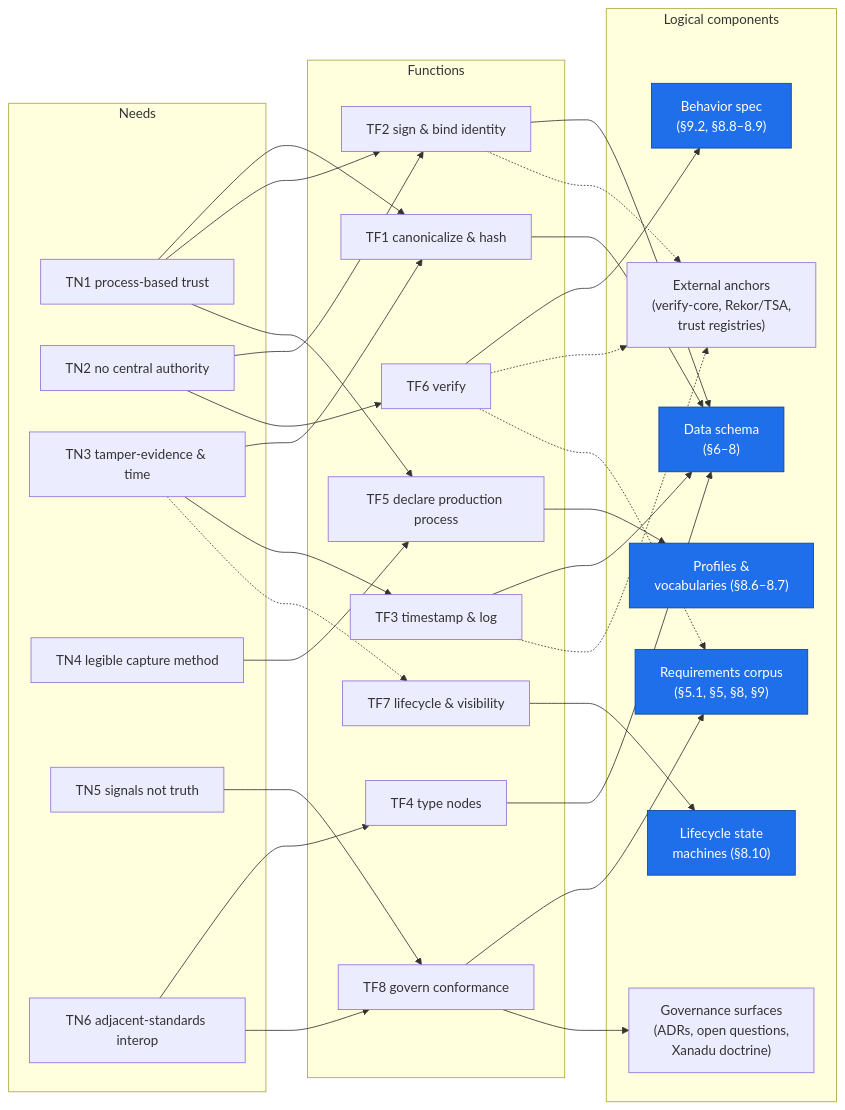
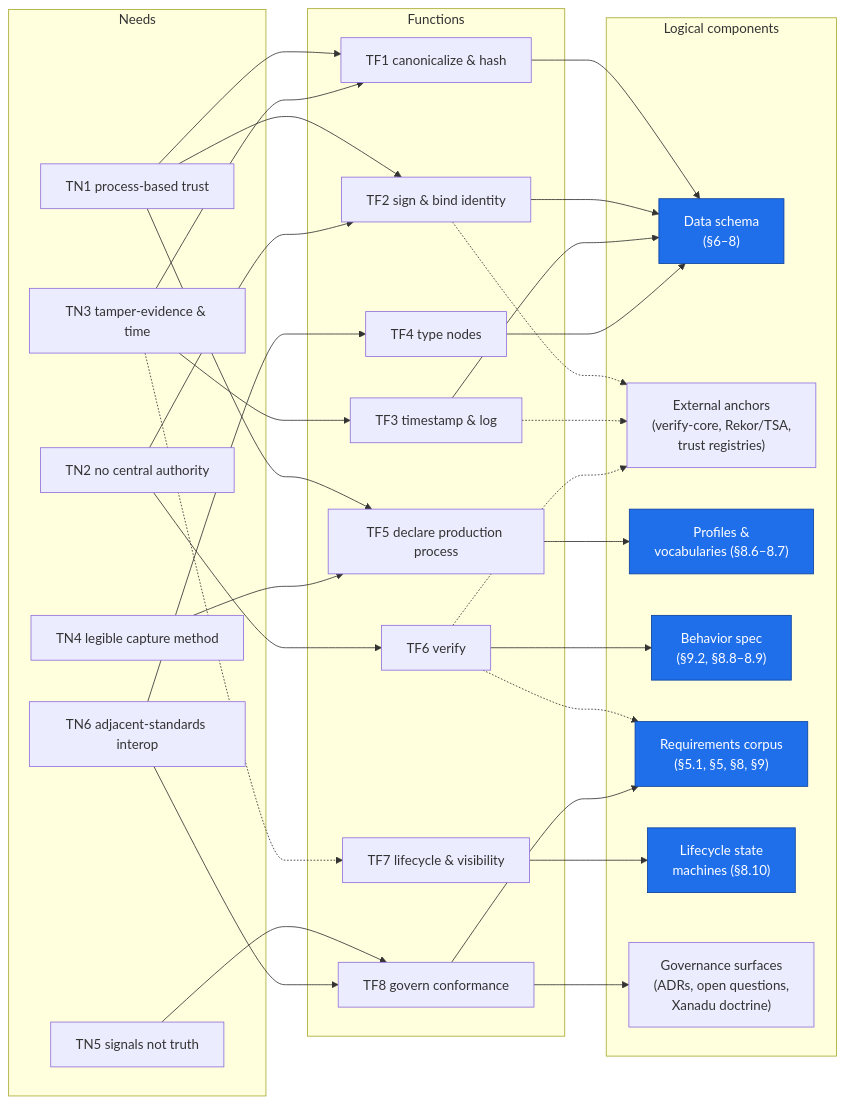
One commit to npstorey/civic-ai-tools changed the sixth of 6 diagrams in research/05-typed-standards-spec-architecture-views.md. Above: the diagram before and after it, drawn with Mermaid. The commit also changed other lines of this file, not shown here.

First line of the commit message:
research: de-tangle 05 logical and traceability diagrams

````diff
--- a/research/05-typed-standards-spec-architecture-views.md
+++ b/research/05-typed-standards-spec-architecture-views.md
@@ -161,54 +188,61 @@
 ```mermaid
 flowchart LR
     subgraph Needs
         TN1["TN1 process-based trust"]
         TN2["TN2 no central authority"]
         TN3["TN3 tamper-evidence & time"]
         TN4["TN4 legible capture method"]
         TN5["TN5 signals not truth"]
         TN6["TN6 adjacent-standards interop"]
     end
 
     subgraph Functions
         TF1["TF1 canonicalize & hash"]
         TF2["TF2 sign & bind identity"]
         TF3["TF3 timestamp & log"]
         TF4["TF4 type nodes"]
         TF5["TF5 declare production process"]
         TF6["TF6 verify"]
         TF7["TF7 lifecycle & visibility"]
         TF8["TF8 govern conformance"]
     end
 
     subgraph Components["Logical components"]
         SCHEMA["Data schema<br/>(§6–8)"]:::spec
+        EXT["External anchors<br/>(verify-core, Rekor/TSA,<br/>trust registries)"]
+        PROF["Profiles &<br/>vocabularies (§8.6–8.7)"]:::spec
         BEHAV["Behavior spec<br/>(§9.2, §8.8–8.9)"]:::spec
+        REQ["Requirements corpus<br/>(§5.1, §5, §8, §9)"]:::spec
         LIFE["Lifecycle state<br/>machines (§8.10)"]:::spec
-        PROF["Profiles &<br/>vocabularies (§8.6–8.7)"]:::spec
-        REQ["Requirements corpus<br/>(§5.1, §5, §8, §9)"]:::spec
         GOV["Governance surfaces<br/>(ADRs, open questions,<br/>Xanadu doctrine)"]
-        EXT["External anchors<br/>(verify-core, Rekor/TSA,<br/>trust registries)"]
     end
 
-    TN1 --> TF1 & TF2 & TF5
-    TN2 --> TF2 & TF6
-    TN3 --> TF1 & TF3
+    TN1 --> TF1
+    TN1 --> TF2
+    TN1 --> TF5
+    TN2 --> TF2
+    TN2 --> TF6
+    TN3 --> TF1
+    TN3 --> TF3
+    TN3 -.-> TF7
     TN4 --> TF5
     TN5 --> TF8
-    TN6 --> TF4 & TF8
-    TN3 -.-> TF7
+    TN6 --> TF4
+    TN6 --> TF8
 
     TF1 --> SCHEMA
     TF2 --> SCHEMA
     TF2 -.-> EXT
     TF3 --> SCHEMA
     TF3 -.-> EXT
     TF4 --> SCHEMA
     TF5 --> PROF
     TF6 --> BEHAV
-    TF6 -.-> EXT & REQ
+    TF6 -.-> EXT
+    TF6 -.-> REQ
     TF7 --> LIFE
-    TF8 --> REQ & GOV
+    TF8 --> REQ
+    TF8 --> GOV
 
     classDef spec fill:#1f6feb,stroke:#0d419d,color:#ffffff
 ```
````
